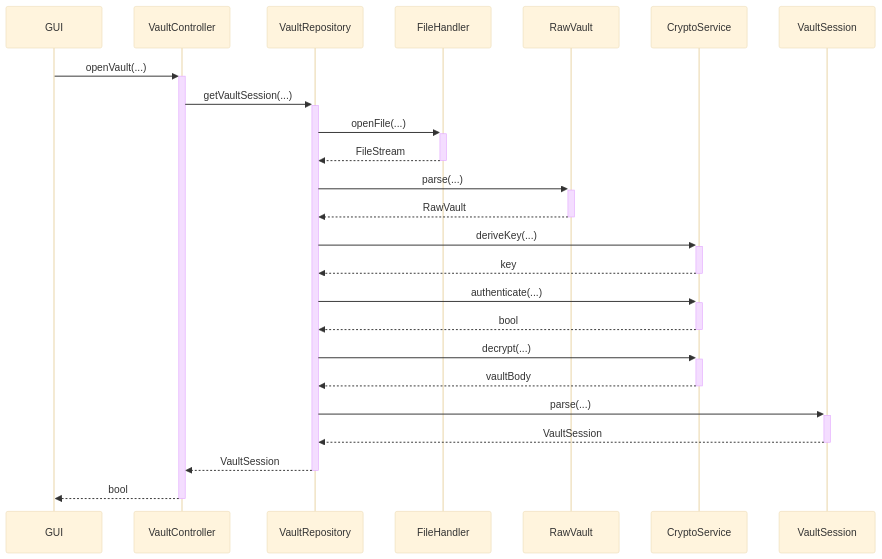
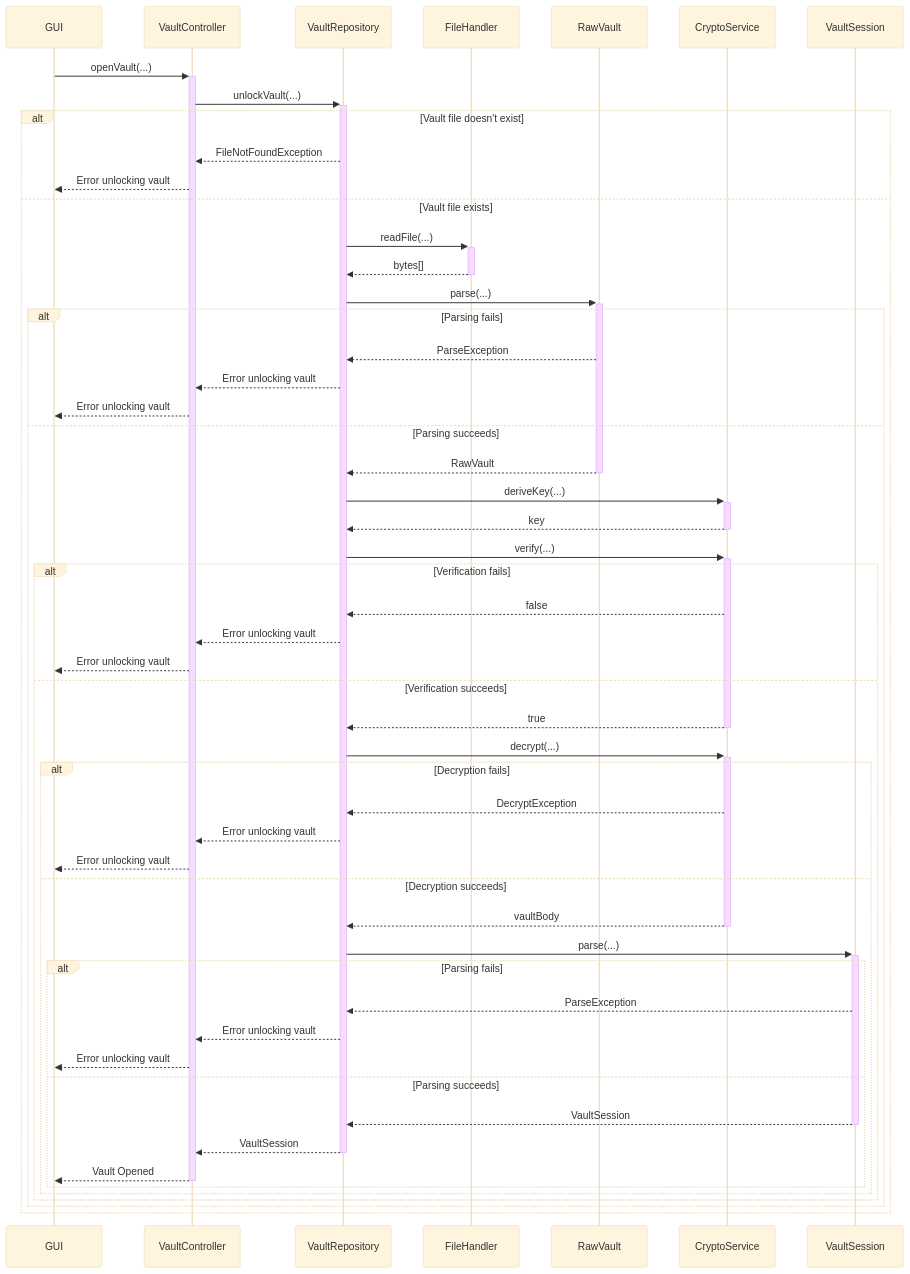
Before and after one commit to Keypr-org/docs: the eighth of 10 diagrams in diagrams/class-sequence-diagrams.md, drawn with Mermaid (base theme). The commit also changed other lines of this file, not shown here.

Commit message:
[Doc]: Update class and sequence diagram for VaultRepository

````diff
--- a/diagrams/class-sequence-diagrams.md
+++ b/diagrams/class-sequence-diagrams.md
@@ -228,19 +230,63 @@
 ```mermaid
 sequenceDiagram
   GUI->>+VaultController: openVault(...)
-  VaultController->>+VaultRepository: getVaultSession(...)
-  VaultRepository->>+FileHandler: openFile(...)
-  FileHandler-->>-VaultRepository: FileStream
-  VaultRepository->>+RawVault: parse(...)
-  RawVault-->>-VaultRepository: RawVault
-  VaultRepository->>+CryptoService: deriveKey(...)
-  CryptoService-->>-VaultRepository: key
-  VaultRepository->>+CryptoService: authenticate(...)
-  CryptoService-->>-VaultRepository: bool
-  VaultRepository->>+CryptoService: decrypt(...)
-  CryptoService-->>-VaultRepository: vaultBody
-  VaultRepository->>+VaultSession: parse(...)
-  VaultSession-->>-VaultRepository: VaultSession
-  VaultRepository-->>-VaultController: VaultSession
-  VaultController-->>-GUI: bool
+  VaultController->>+VaultRepository: unlockVault(...)
+
+  alt Vault file doesn't exist
+    VaultRepository-->>VaultController: FileNotFoundException
+    VaultController-->>GUI: Error unlocking vault
+
+  else Vault file exists
+    VaultRepository->>+FileHandler: readFile(...)
+    FileHandler-->>-VaultRepository: bytes[]
+
+    VaultRepository->>+RawVault: parse(...)
+
+    alt Parsing fails
+      RawVault-->>VaultRepository: ParseException
+      VaultRepository-->>VaultController: Error unlocking vault
+      VaultController-->>GUI: Error unlocking vault
+
+    else Parsing succeeds
+      RawVault-->>-VaultRepository: RawVault
+
+      VaultRepository->>+CryptoService: deriveKey(...)
+      CryptoService-->>-VaultRepository: key
+
+      VaultRepository->>+CryptoService: verify(...)
+
+      alt Verification fails
+        CryptoService-->>VaultRepository: false
+        VaultRepository-->>VaultController: Error unlocking vault
+        VaultController-->>GUI: Error unlocking vault
+
+      else Verification succeeds
+        CryptoService-->>-VaultRepository: true
+
+        VaultRepository->>+CryptoService: decrypt(...)
+
+        alt Decryption fails
+          CryptoService-->>VaultRepository: DecryptException
+          VaultRepository-->>VaultController: Error unlocking vault
+          VaultController-->>GUI: Error unlocking vault
+
+        else Decryption succeeds
+          CryptoService-->>-VaultRepository: vaultBody
+
+          VaultRepository->>+VaultSession: parse(...)
+
+          alt Parsing fails
+            VaultSession-->>VaultRepository: ParseException
+            VaultRepository-->>VaultController: Error unlocking vault
+            VaultController-->>GUI: Error unlocking vault
+
+          else Parsing succeeds
+            VaultSession-->>-VaultRepository: VaultSession
+            VaultRepository-->>-VaultController: VaultSession
+            VaultController-->>-GUI: Vault Opened
+          end
+        end
+      end
+    end
+  end
 ```
````
